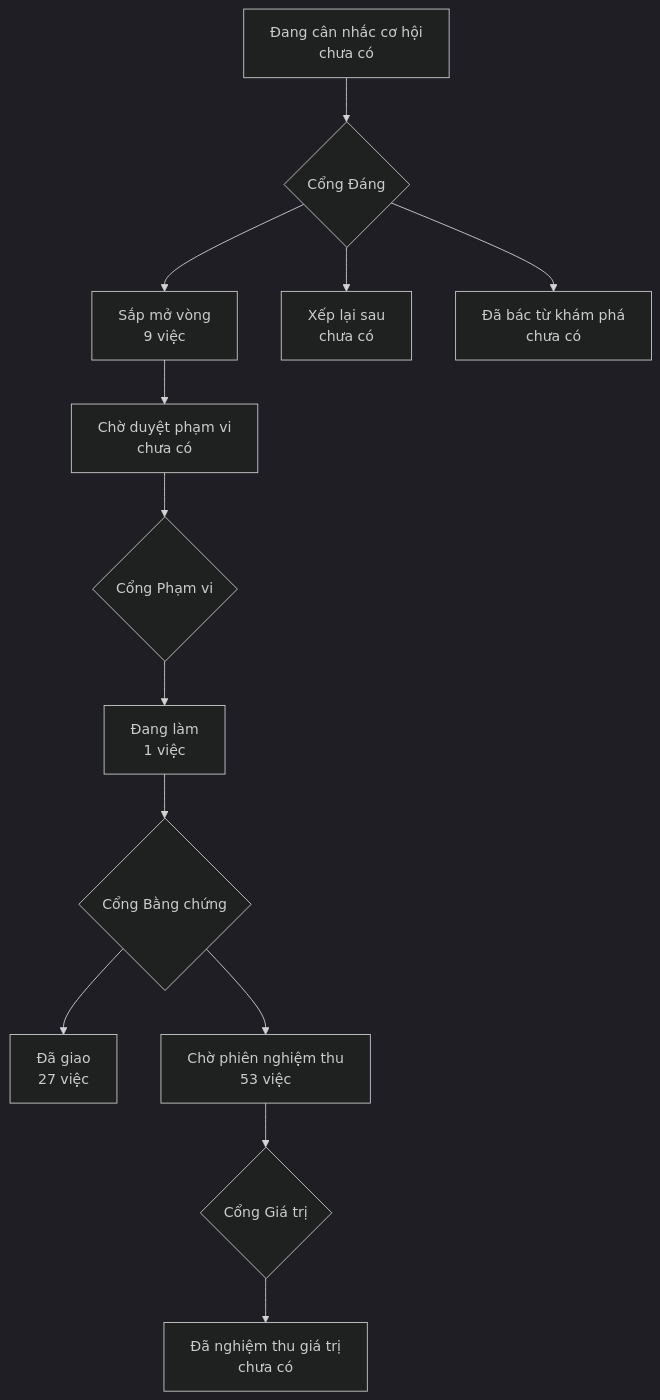
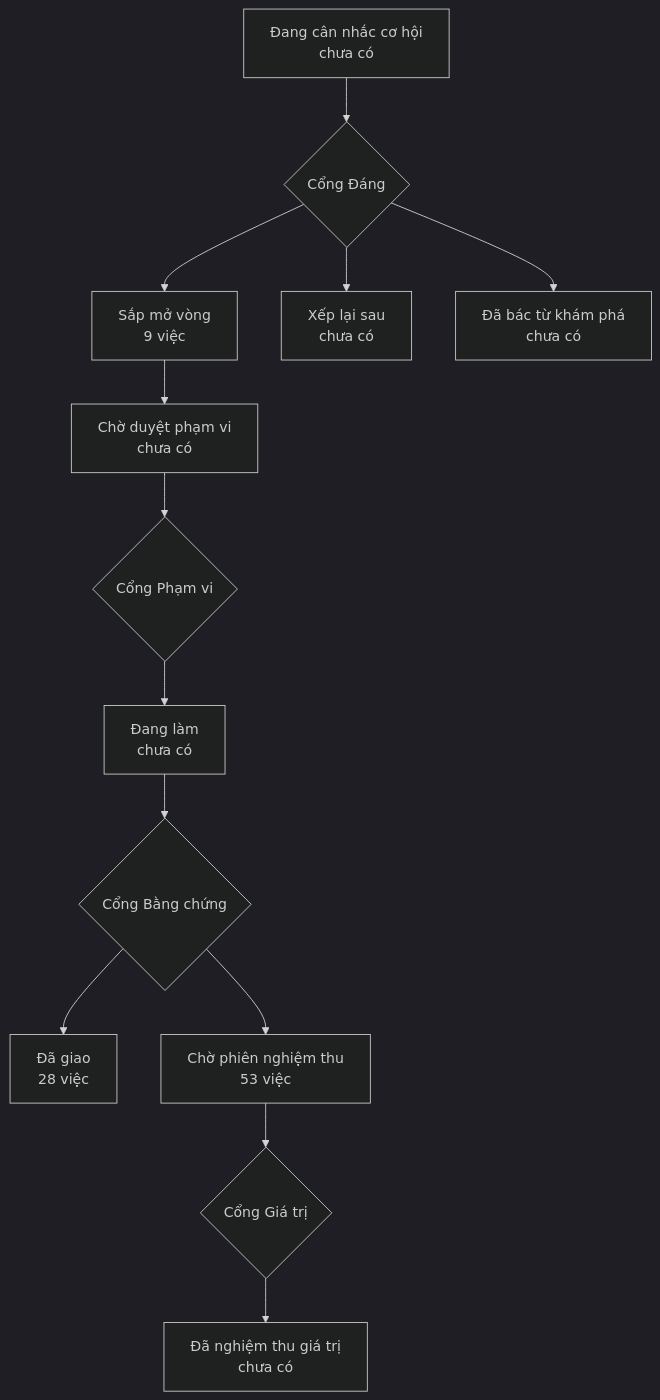
Before and after one commit to phanlemanh/onehub-inventory: the diagram in PRODUCT-MAP.md, drawn with Mermaid (dark theme). The commit also changed other lines of this file and 4 other files, not shown here.

````diff
--- a/PRODUCT-MAP.md
+++ b/PRODUCT-MAP.md
@@ -7,12 +7,12 @@
 ```mermaid
 flowchart TD
   A["Đang cân nhắc cơ hội<br/>chưa có"] --> GD{"Cổng Đáng"}
   GD --> B["Sắp mở vòng<br/>9 việc"]
   GD --> XL["Xếp lại sau<br/>chưa có"]
   GD --> DB["Đã bác từ khám phá<br/>chưa có"]
   B --> CD["Chờ duyệt phạm vi<br/>chưa có"] --> GP{"Cổng Phạm vi"}
-  GP --> DL["Đang làm<br/>1 việc"] --> GB{"Cổng Bằng chứng"}
-  GB --> DG["Đã giao<br/>27 việc"]
+  GP --> DL["Đang làm<br/>chưa có"] --> GB{"Cổng Bằng chứng"}
+  GB --> DG["Đã giao<br/>28 việc"]
   GB --> CN["Chờ phiên nghiệm thu<br/>53 việc"] --> GG{"Cổng Giá trị"}
   GG --> NT["Đã nghiệm thu giá trị<br/>chưa có"]
 ```
````
